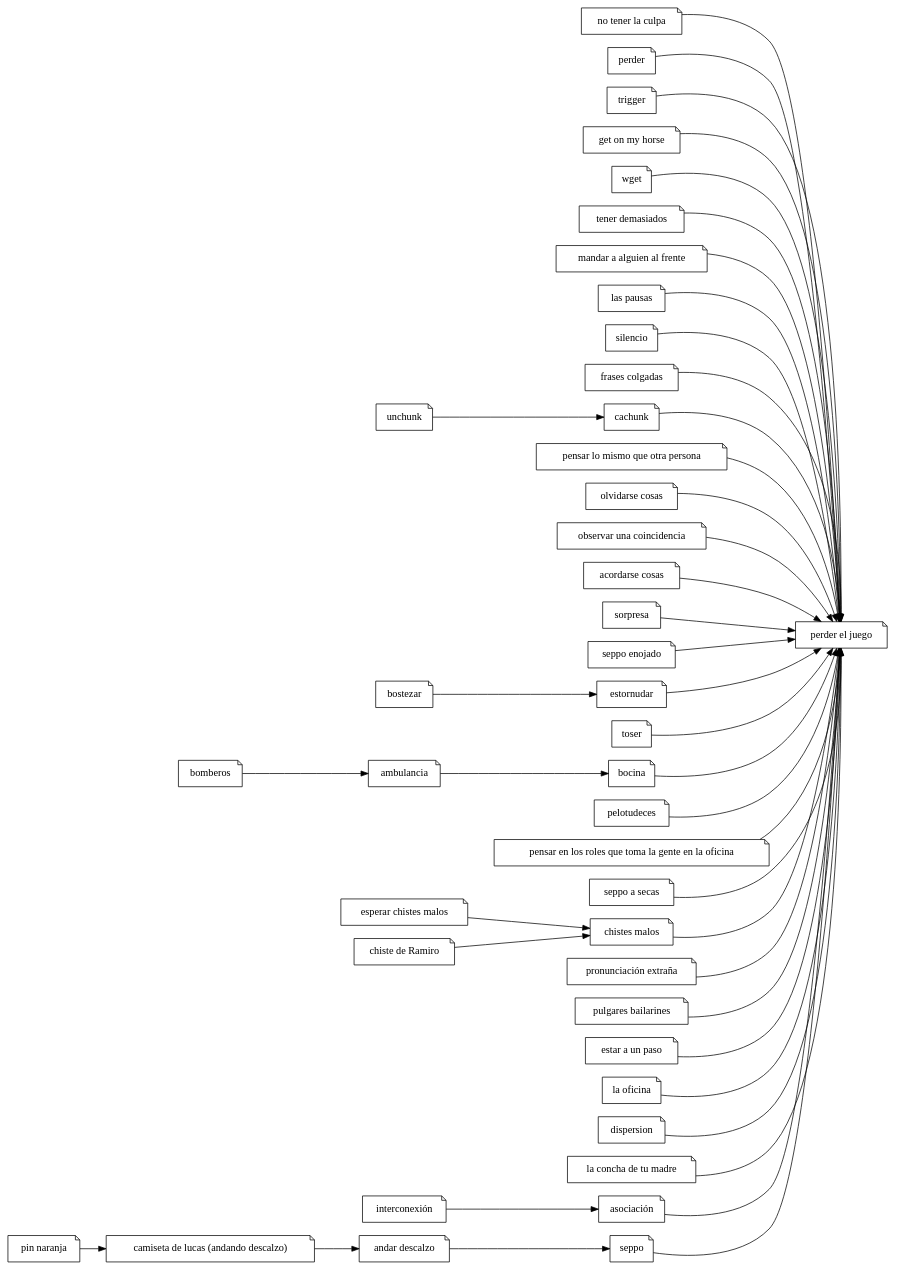
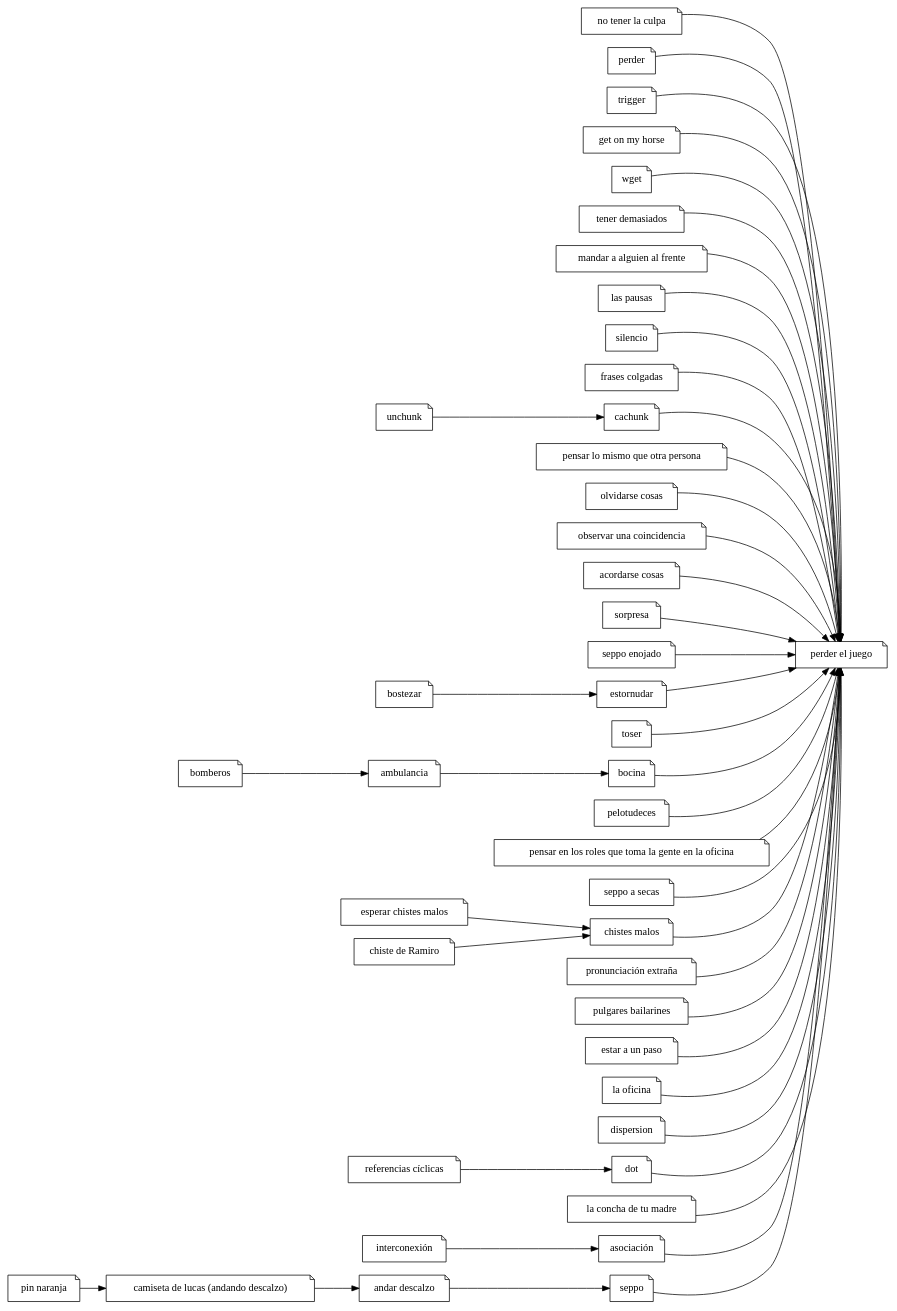
One commit to ramiror/ilostthegame changed the diagram in ilostthegame.dot. Above: the diagram before and after it, drawn with Graphviz. The commit also changed 1 other file, not shown here.

Commit message:
Referencias cÃ­clicas -> dot

```diff
--- a/ilostthegame.dot
+++ b/ilostthegame.dot
@@ -1,90 +1,94 @@
 digraph
 {
 	rankdir="LR"
 	node [shape="note"]
 
 	pej [label="perder el juego"]
 	"no tener la culpa"
 	"perder"
 	"trigger"
 	"get on my horse"
 	"wget"
 	"tener demasiados"
 	"mandar a alguien al frente"
 	"las pausas"
 	"silencio"
 	"frases colgadas"
 	"cachunk"
 	"pensar lo mismo que otra persona"
 	"olvidarse cosas"
 	"observar una coincidencia"
 	"acordarse cosas"
 	"sorpresa"
 	"seppo enojado"
 	"estornudar"
 	"toser"
 	"bocina"
 	"pelotudeces"
 	roles [label="pensar en los roles que toma la gente en la oficina"]
 	"seppo a secas"
 	"bostezar"
 	"chistes malos"
 	pe [label="pronunciación extraña"]
 	"pulgares bailarines"
 	"estar a un paso"
 	"la oficina"
 	"dispersion"
 	"ambulancia"
 	"esperar chistes malos"
 	"chiste de Ramiro"
 	"unchunk"
 	"andar descalzo"
 	"pin naranja" 
+	"dot"
+	rc [label="referencias cíclicas"]
 	camiseta [label="camiseta de lucas (andando descalzo)"]
-  lcdtm [label="la concha de tu madre"]
+	lcdtm [label="la concha de tu madre"]
 	bomberos
 	int [label="interconexión"]
 	asoc [label="asociación"]
 
 	"perder"                           -> pej
 	"no tener la culpa"                -> pej
 	"trigger"                          -> pej
 	"get on my horse"                  -> pej
 	"wget"                             -> pej
 	"tener demasiados"                 -> pej
 	"mandar a alguien al frente"       -> pej
 	"las pausas"                       -> pej
 	"silencio"                         -> pej
 	"frases colgadas"                  -> pej
 	"cachunk"                          -> pej
 	"pensar lo mismo que otra persona" -> pej
 	"olvidarse cosas"                  -> pej
 	"observar una coincidencia"        -> pej
 	"acordarse cosas"                  -> pej
 	"sorpresa"                         -> pej
 	"seppo enojado"                    -> pej
 	"estornudar"                       -> pej
 	"toser"                            -> pej
 	"bocina"                           -> pej
 	"pelotudeces"                      -> pej
 	roles -> pej
 	"seppo a secas"                    -> pej
 	"chistes malos"                    -> pej
 	pe                                 -> pej
 	"pulgares bailarines"              -> pej
 	"estar a un paso"                  -> pej
 	"la oficina"                       -> pej
 	"dispersion"                       -> pej
 	"seppo"                            -> pej
 	lcdtm                              -> pej
 	asoc                               -> pej
+	dot                                -> pej
 
 	bomberos -> "ambulancia" -> "bocina"
 	"esperar chistes malos" -> "chistes malos"
 	"chiste de Ramiro" -> "chistes malos"
 	"unchunk" -> "cachunk"
 	"andar descalzo" -> "seppo"
 	"pin naranja" -> camiseta -> "andar descalzo"
 	int -> asoc
 	"bostezar" -> estornudar
+	rc ->dot
 }
```
